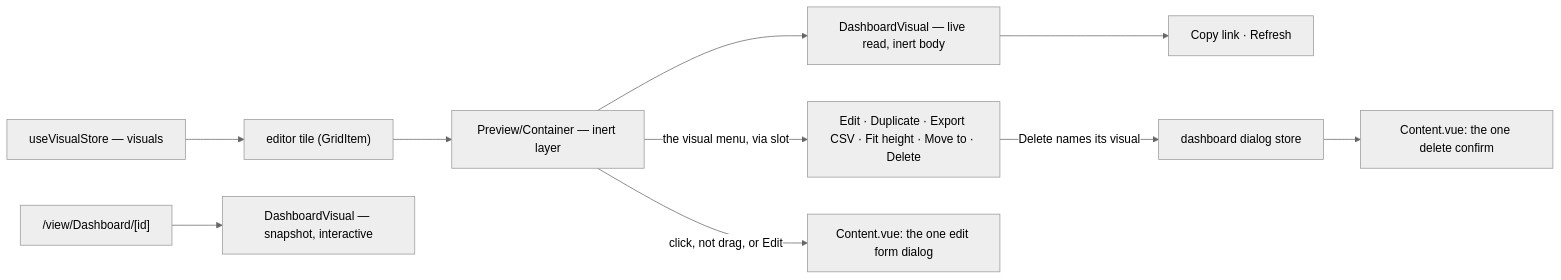
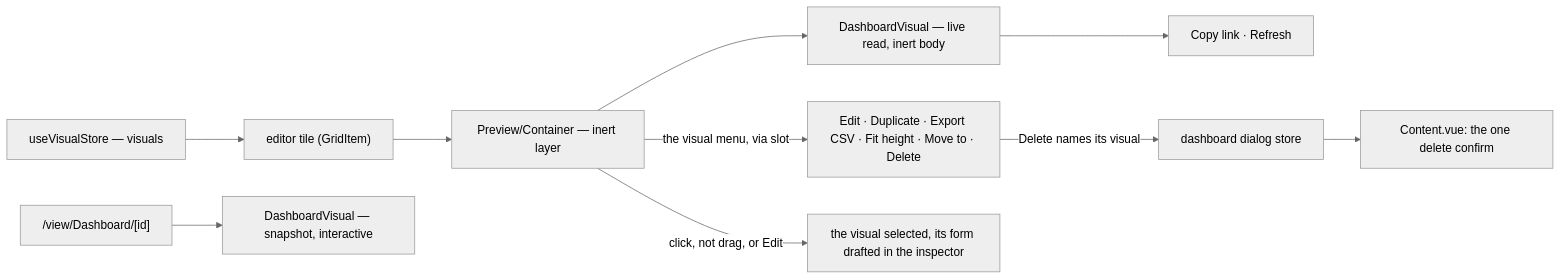
One commit to Esposter/Esposter changed the diagram in openspec/specs/resource/dashboard-live-canvas/design.md. Above: the diagram before and after it, drawn with Mermaid (neutral theme). The commit also changed other lines of this file and 4 other files, not shown here.

````diff
--- a/openspec/specs/resource/dashboard-live-canvas/design.md
+++ b/openspec/specs/resource/dashboard-live-canvas/design.md
@@ -9,12 +9,12 @@
 ```mermaid
 flowchart LR
   STORE["useVisualStore — visuals"] --> TILE["editor tile (GridItem)"]
   TILE --> CONTAINER["Preview/Container — inert layer"]
   CONTAINER --> VIS["DashboardVisual — live read, inert body"]
   CONTAINER -->|"the visual menu, via slot"| CORNER["Edit · Duplicate · Export CSV · Fit height · Move to · Delete"]
   VIS --> CORNER2["Copy link · Refresh"]
-  CONTAINER -->|"click, not drag, or Edit"| EDIT["Content.vue: the one edit form dialog"]
+  CONTAINER -->|"click, not drag, or Edit"| EDIT["the visual selected, its form drafted in the inspector"]
   CORNER -->|"Delete names its visual"| TARGET["dashboard dialog store"]
   TARGET --> CONFIRM["Content.vue: the one delete confirm"]
   PUB["/view/Dashboard/[id]"] --> VIS2["DashboardVisual — snapshot, interactive"]
 ```
````
